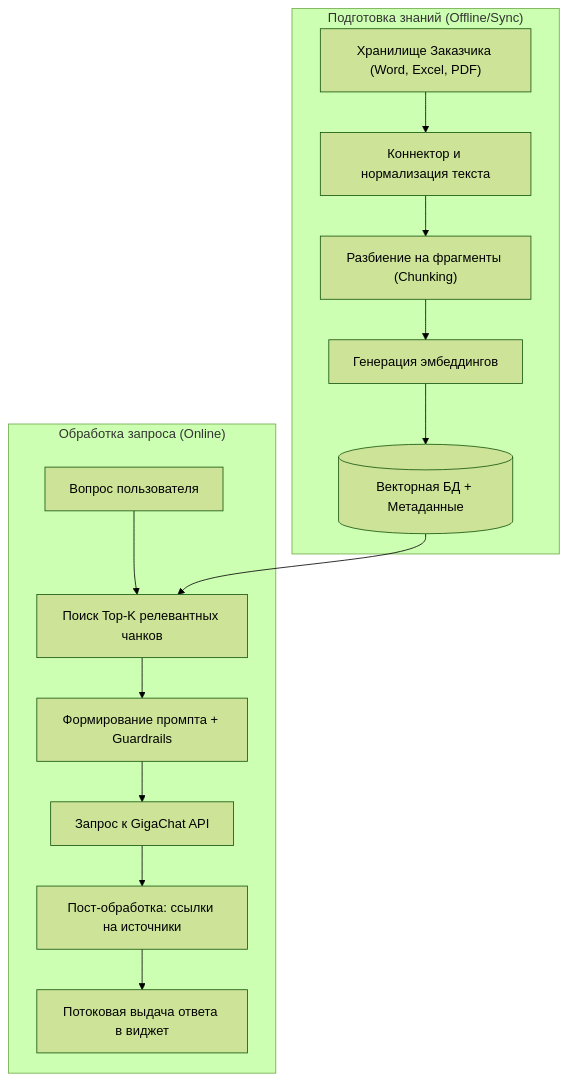
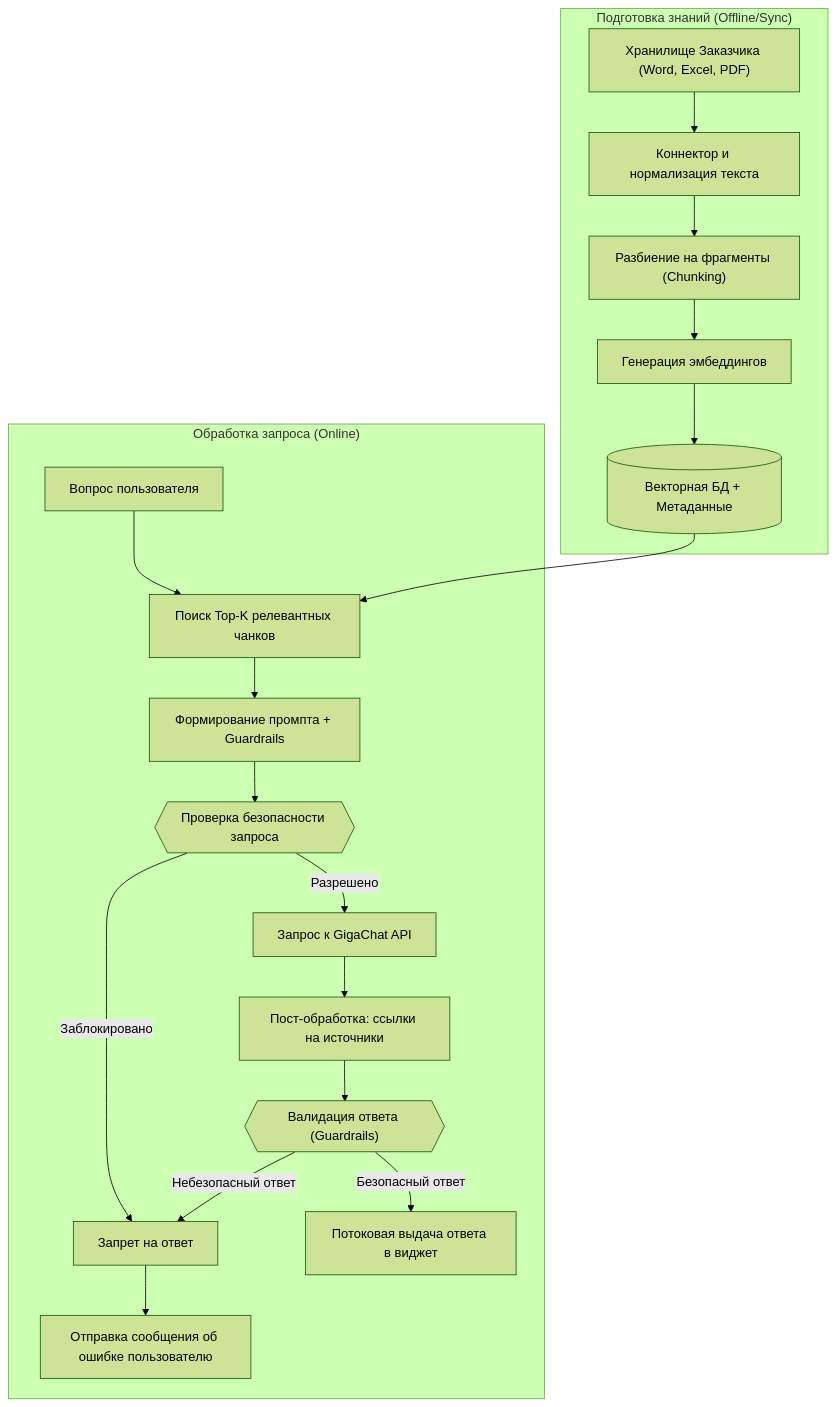
One commit to xen/vchat changed the third of 3 diagrams in docs/01_architecture_specification.md. Above: the diagram before and after it, drawn with Mermaid (forest theme). The commit also changed other lines of this file and 78 other files, not shown here.

````diff
--- a/docs/01_architecture_specification.md
+++ b/docs/01_architecture_specification.md
@@ -66,18 +65,23 @@
 ```mermaid
 graph TD
-    subgraph "Подготовка знаний (Offline/Sync)"
-    A["Хранилище Заказчика (Word, Excel, PDF)"] --> B["Коннектор и нормализация текста"]
-    B --> C["Разбиение на фрагменты (Chunking)"]
-    C --> D["Генерация эмбеддингов"]
-    D --> E[("Векторная БД + Метаданные")]
-    end
+  subgraph "Подготовка знаний (Offline/Sync)"
+  A["Хранилище Заказчика (Word, Excel, PDF)"] --> B["Коннектор и нормализация текста"]
+  B --> C["Разбиение на фрагменты (Chunking)"]
+  C --> D["Генерация эмбеддингов"]
+  D --> E[("Векторная БД + Метаданные")]
+  end
 
-    subgraph "Обработка запроса (Online)"
-    F["Вопрос пользователя"] --> G["Поиск Top-K релевантных чанков"]
-    E --> G
-    G --> H["Формирование промпта + Guardrails"]
-    H --> I["Запрос к GigaChat API"]
-    I --> J["Пост-обработка: ссылки на источники"]
-    J --> K["Потоковая выдача ответа в виджет"]
-    end
+  subgraph "Обработка запроса (Online)"
+  F["Вопрос пользователя"] --> G["Поиск Top-K релевантных чанков"]
+  E --> G
+  G --> H["Формирование промпта + Guardrails"]
+  H --> I{{"Проверка безопасности запроса"}}
+  I -->|Заблокировано| L["Запрет на ответ"]
+  I -->|Разрешено| J["Запрос к GigaChat API"]
+  J --> K["Пост-обработка: ссылки на источники"]
+  K --> M{{"Валидация ответа (Guardrails)"}}
+  M -->|Небезопасный ответ| L
+  M -->|Безопасный ответ| N["Потоковая выдача ответа в виджет"]
+  L --> O["Отправка сообщения об ошибке пользователю"]
+  end
 ```
````
